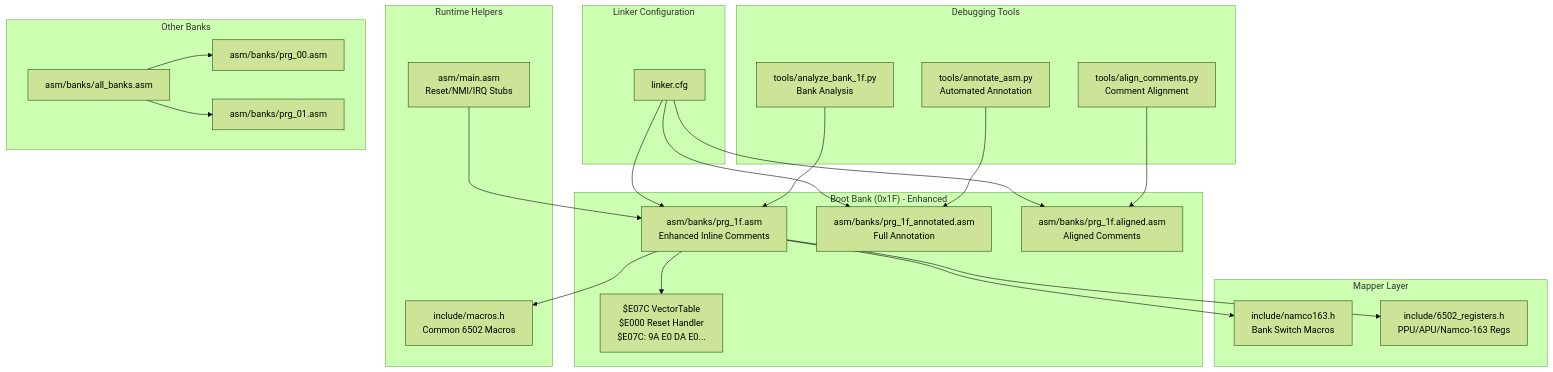
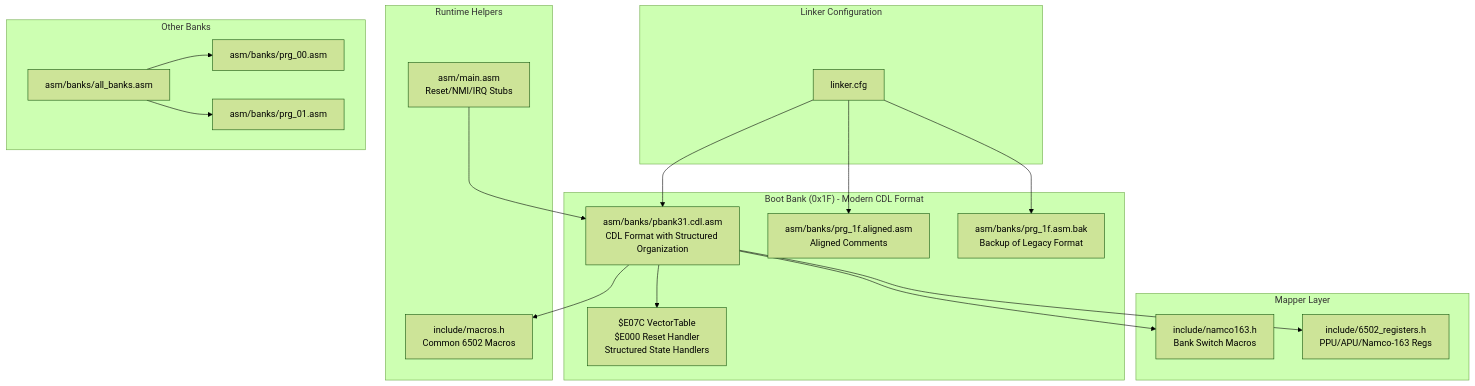
One commit to rabbyzero/sango2dasm changed the first of 9 diagrams in .qoder/repowiki/en/content/Assembly Architecture/Assembly Architecture.md. Above: the diagram before and after it, drawn with Mermaid (forest theme). The commit also changed other lines of this file and 8 other files, not shown here.

````diff
--- a/.qoder/repowiki/en/content/Assembly Architecture/Assembly Architecture.md
+++ b/.qoder/repowiki/en/content/Assembly Architecture/Assembly Architecture.md
@@ -54,43 +51,35 @@
 ```mermaid
 graph TB
 subgraph "Linker Configuration"
 LCFG["linker.cfg"]
 end
-subgraph "Boot Bank (0x1F) - Enhanced"
-PRG1F["asm/banks/prg_1f.asm<br/>Enhanced Inline Comments"]
-PRG1FANN["asm/banks/prg_1f_annotated.asm<br/>Full Annotation"]
-PRG1FALN["asm/banks/prg_1f.aligned.asm<br/>Aligned Comments"]
-VTABLE["$E07C VectorTable<br/>$E000 Reset Handler<br/>$E07C: 9A E0 DA E0..."]
+subgraph "Boot Bank (0x1F) - Modern CDL Format"
+CDL["asm/banks/pbank31.cdl.asm<br/>CDL Format with Structured Organization"]
+ALIGNED["asm/banks/prg_1f.aligned.asm<br/>Aligned Comments"]
+BACKUP["asm/banks/prg_1f.asm.bak<br/>Backup of Legacy Format"]
+VTABLE["$E07C VectorTable<br/>$E000 Reset Handler<br/>Structured State Handlers"]
 end
 subgraph "Mapper Layer"
 NAMCO["include/namco163.h<br/>Bank Switch Macros"]
 REGS["include/6502_registers.h<br/>PPU/APU/Namco-163 Regs"]
 end
 subgraph "Runtime Helpers"
 MACROS["include/macros.h<br/>Common 6502 Macros"]
 MAIN["asm/main.asm<br/>Reset/NMI/IRQ Stubs"]
 end
-subgraph "Debugging Tools"
-ANNOTATE["tools/annotate_asm.py<br/>Automated Annotation"]
-ALIGN["tools/align_comments.py<br/>Comment Alignment"]
-ANALYZE["tools/analyze_bank_1f.py<br/>Bank Analysis"]
-end
 subgraph "Other Banks"
 ALLB["asm/banks/all_banks.asm"]
 B00["asm/banks/prg_00.asm"]
 B01["asm/banks/prg_01.asm"]
 end
-LCFG --> PRG1F
-LCFG --> PRG1FANN
-LCFG --> PRG1FALN
-MAIN --> PRG1F
-PRG1F --> VTABLE
-PRG1F --> NAMCO
-PRG1F --> REGS
-PRG1F --> MACROS
-ANNOTATE --> PRG1FANN
-ALIGN --> PRG1FALN
-ANALYZE --> PRG1F
+LCFG --> CDL
+LCFG --> ALIGNED
+LCFG --> BACKUP
+MAIN --> CDL
+CDL --> VTABLE
+CDL --> NAMCO
+CDL --> REGS
+CDL --> MACROS
 ALLB --> B00
 ALLB --> B01
 ```
````
